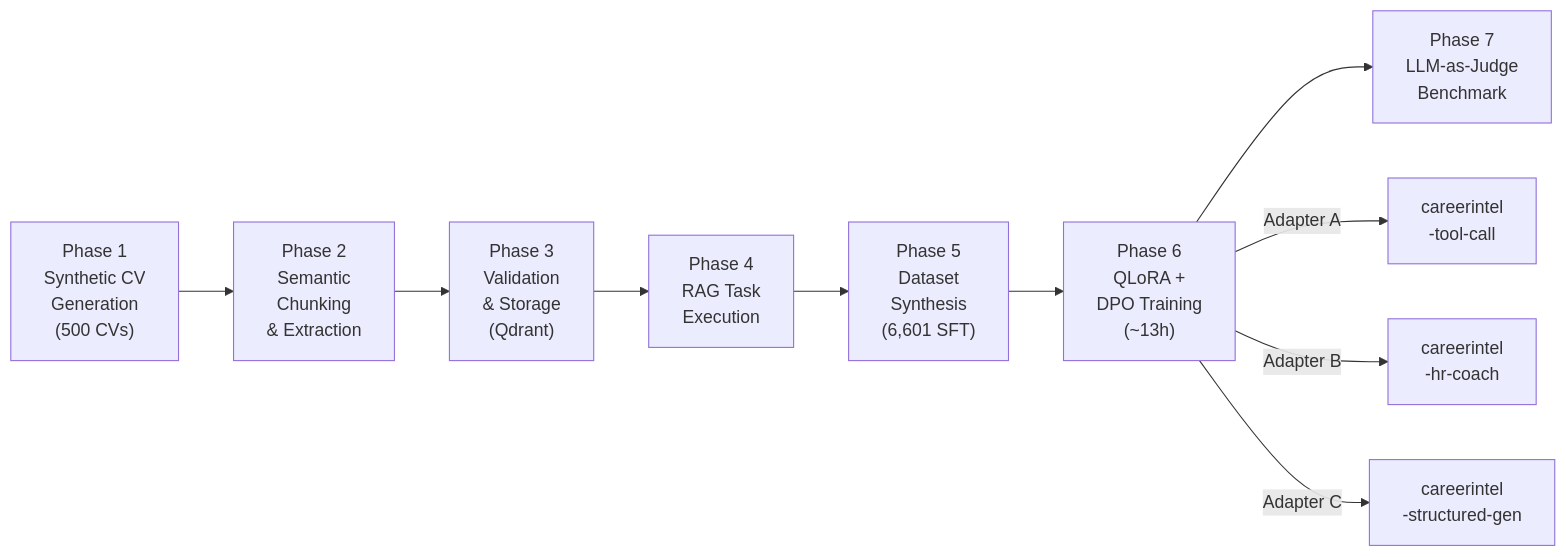
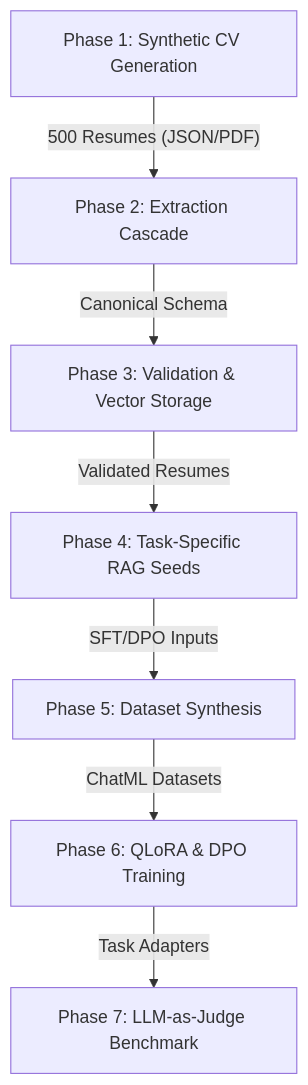
Before and after one commit to Vinhnguyen1227/Job-Market-Analytics-Platform: the first of 3 diagrams in chapter_8_thesis_1.md, drawn with Mermaid. The commit also changed other lines of this file and 46 other files, not shown here.

````diff
--- a/chapter_8_thesis_1.md
+++ b/chapter_8_thesis_1.md
@@ -23,13 +7,9 @@
 ```mermaid
-flowchart LR
-    P1["Phase 1\nSynthetic CV\nGeneration\n(500 CVs)"] --> P2["Phase 2\nSemantic\nChunking\n& Extraction"]
-    P2 --> P3["Phase 3\nValidation\n& Storage\n(Qdrant)"]
-    P3 --> P4["Phase 4\nRAG Task\nExecution"]
-    P4 --> P5["Phase 5\nDataset\nSynthesis\n(6,601 SFT)"]
-    P5 --> P6["Phase 6\nQLoRA +\nDPO Training\n(~13h)"]
-    P6 --> P7["Phase 7\nLLM-as-Judge\nBenchmark"]
-
-    P6 -->|"Adapter A"| OA["careerintel\n-tool-call"]
-    P6 -->|"Adapter B"| OB["careerintel\n-hr-coach"]
-    P6 -->|"Adapter C"| OC["careerintel\n-structured-gen"]
+flowchart TD
+    P1["Phase 1: Synthetic CV Generation"] -->|"500 Resumes (JSON/PDF)"| P2["Phase 2: Extraction Cascade"]
+    P2 -->|"Canonical Schema"| P3["Phase 3: Validation & Vector Storage"]
+    P3 -->|"Validated Resumes"| P4["Phase 4: Task-Specific RAG Seeds"]
+    P4 -->|"SFT/DPO Inputs"| P5["Phase 5: Dataset Synthesis"]
+    P5 -->|"ChatML Datasets"| P6["Phase 6: QLoRA & DPO Training"]
+    P6 -->|"Task Adapters"| P7["Phase 7: LLM-as-Judge Benchmark"]
 ```
````
